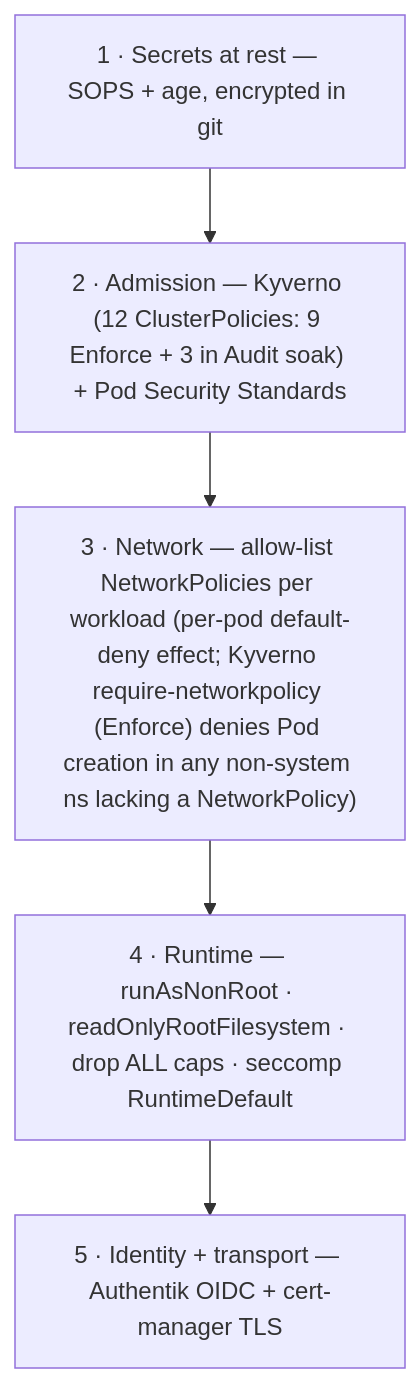
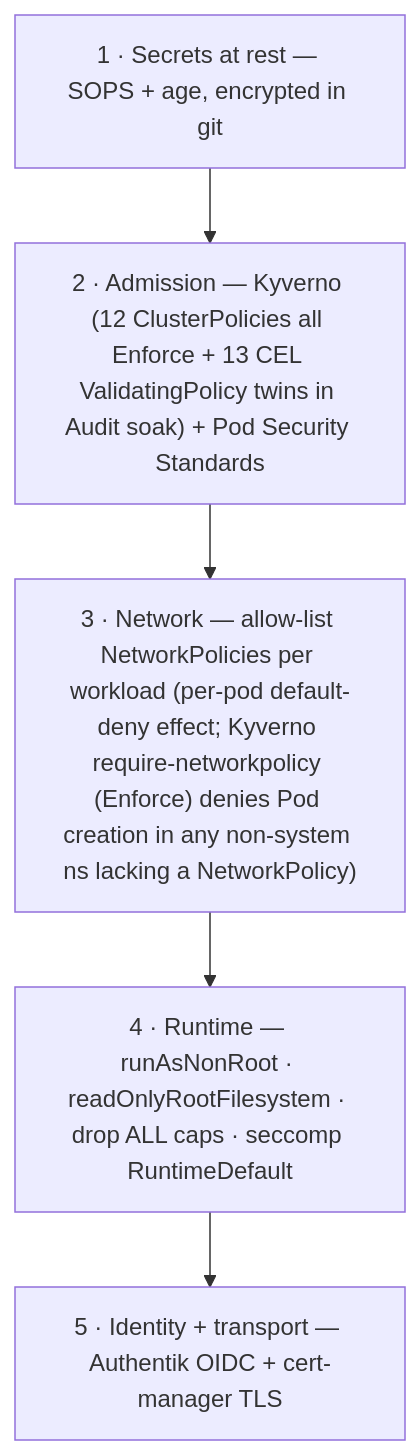
Before and after one commit to AKhozya/homelab: the fourth of 4 diagrams in docs/ARCHITECTURE.md, drawn with Mermaid. The commit also changed 2 other files, not shown here.

Commit message:
docs: kyverno dual-run refresh + CP-deletion target 2026-07-18 + sidecar#531 watch

````diff
--- a/docs/ARCHITECTURE.md
+++ b/docs/ARCHITECTURE.md
@@ -98,9 +98,9 @@
 ```mermaid
 flowchart TB
   L1["1 · Secrets at rest — SOPS + age, encrypted in git"]
-  L2["2 · Admission — Kyverno (12 ClusterPolicies: 9 Enforce + 3 in Audit soak) + Pod Security Standards"]
+  L2["2 · Admission — Kyverno (12 ClusterPolicies all Enforce + 13 CEL ValidatingPolicy twins in Audit soak) + Pod Security Standards"]
   L3["3 · Network — allow-list NetworkPolicies per workload (per-pod default-deny effect; Kyverno require-networkpolicy (Enforce) denies Pod creation in any non-system ns lacking a NetworkPolicy)"]
   L4["4 · Runtime — runAsNonRoot · readOnlyRootFilesystem · drop ALL caps · seccomp RuntimeDefault"]
   L5["5 · Identity + transport — Authentik OIDC + cert-manager TLS"]
   L1 --> L2 --> L3 --> L4 --> L5
 ```
````
